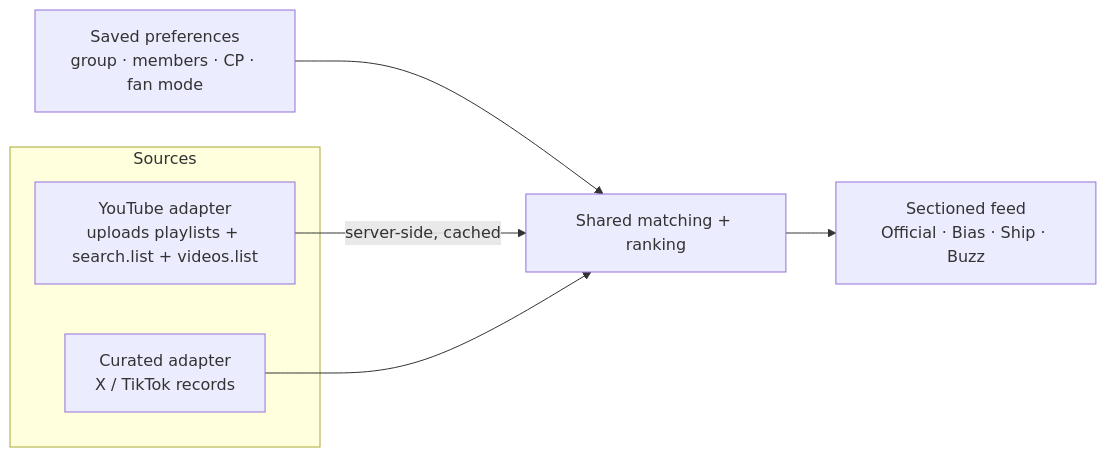
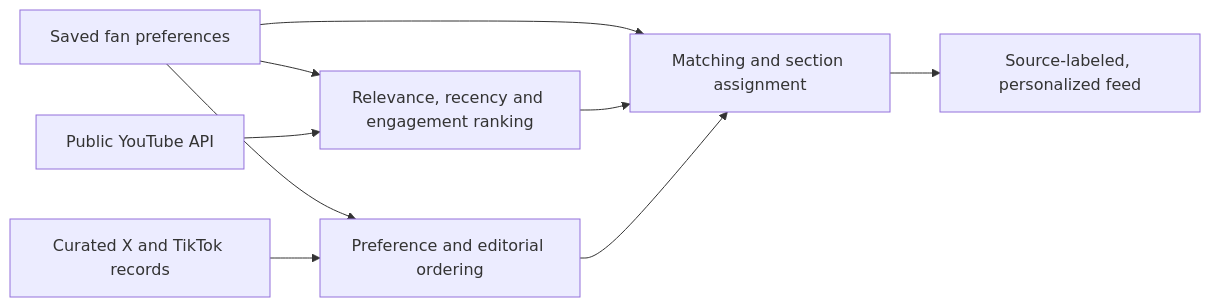
One commit to jiatongy-svg/biasbrief changed the diagram in README.md. Above: the diagram before and after it, drawn with Mermaid. The commit also changed other lines of this file and 1 other file, not shown here.

````diff
--- a/README.md
+++ b/README.md
@@ -38,11 +45,11 @@
 ```mermaid
 flowchart LR
-  P[Saved preferences<br/>group · members · CP · fan mode] --> R
-  subgraph Sources
-    Y[YouTube adapter<br/>uploads playlists + search.list + videos.list]
-    C[Curated adapter<br/>X / TikTok records]
-  end
-  Y -->|server-side, cached| R[Shared matching + ranking]
-  C --> R
-  R --> F[Sectioned feed<br/>Official · Bias · Ship · Buzz]
+  P[Saved fan preferences] --> M[Matching and section assignment]
+  P --> R[Relevance, recency and engagement ranking]
+  Y[Public YouTube API] --> R
+  R --> M
+  P --> O[Preference and editorial ordering]
+  C[Curated X and TikTok records] --> O
+  O --> M
+  M --> F[Source-labeled, personalized feed]
 ```
````
